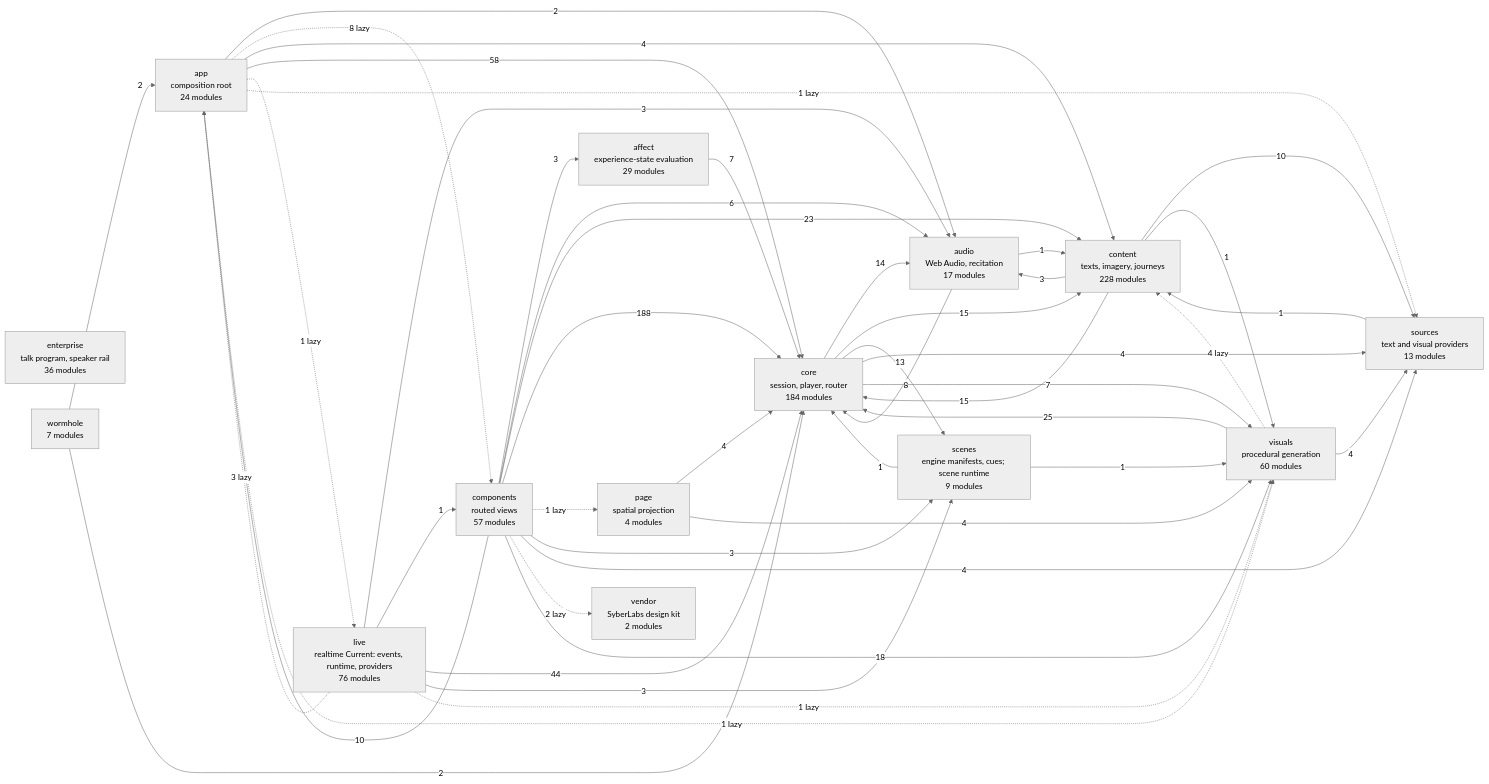
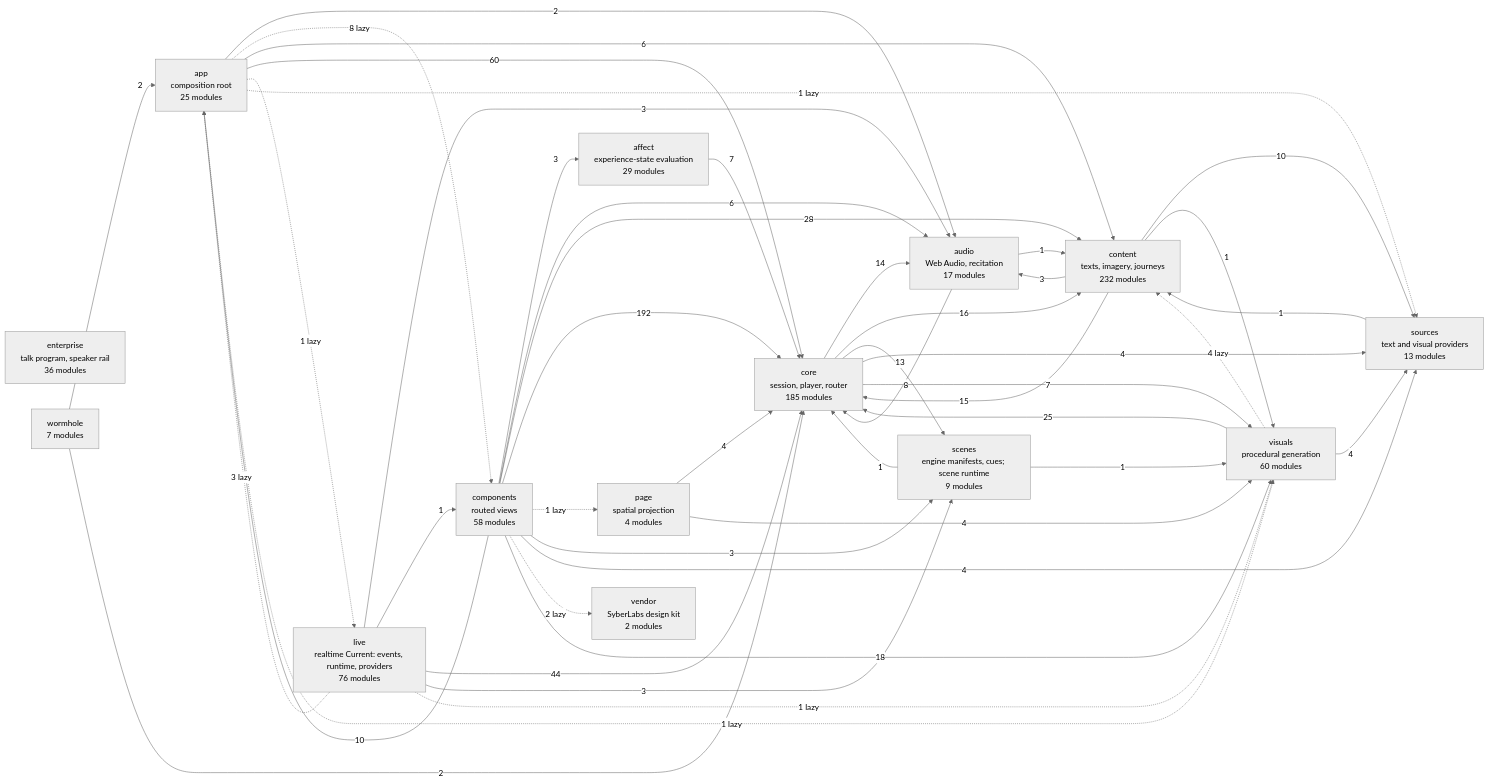
Before and after one commit to SyberLabs/RISE: the diagram in docs/specs/ARCHITECTURE.md, drawn with Mermaid (neutral theme). The commit also changed other lines of this file and 36 other files, not shown here.

````diff
--- a/docs/specs/ARCHITECTURE.md
+++ b/docs/specs/ARCHITECTURE.md
@@ -161,63 +161,63 @@
 ```mermaid
 flowchart LR
     affect["affect<br/>experience-state evaluation<br/>29 modules"]
-    app["app<br/>composition root<br/>24 modules"]
+    app["app<br/>composition root<br/>25 modules"]
     audio["audio<br/>Web Audio, recitation<br/>17 modules"]
-    components["components<br/>routed views<br/>57 modules"]
-    content["content<br/>texts, imagery, journeys<br/>228 modules"]
-    core["core<br/>session, player, router<br/>184 modules"]
+    components["components<br/>routed views<br/>58 modules"]
+    content["content<br/>texts, imagery, journeys<br/>232 modules"]
+    core["core<br/>session, player, router<br/>185 modules"]
     enterprise["enterprise<br/>talk program, speaker rail<br/>36 modules"]
     live["live<br/>realtime Current: events, runtime, providers<br/>76 modules"]
     page["page<br/>spatial projection<br/>4 modules"]
     scenes["scenes<br/>engine manifests, cues; scene runtime<br/>9 modules"]
     sources["sources<br/>text and visual providers<br/>13 modules"]
     vendor["vendor<br/>SyberLabs design kit<br/>2 modules"]
     visuals["visuals<br/>procedural generation<br/>60 modules"]
     wormhole["wormhole<br/>7 modules"]
 
     affect --> |7| core
     app --> |2| audio
     app -.-> |8 lazy| components
-    app --> |4| content
-    app --> |58| core
+    app --> |6| content
+    app --> |60| core
     app -.-> |1 lazy| live
     app -.-> |1 lazy| sources
     app -.-> |1 lazy| visuals
     audio --> |1| content
     audio --> |8| core
     components --> |3| affect
     components --> |10| app
     components --> |6| audio
-    components --> |23| content
-    components --> |188| core
+    components --> |28| content
+    components --> |192| core
     components -.-> |1 lazy| page
     components --> |3| scenes
     components --> |4| sources
     components -.-> |2 lazy| vendor
     components --> |18| visuals
     content --> |3| audio
     content --> |15| core
     content --> |10| sources
     content --> |1| visuals
     core --> |14| audio
-    core --> |15| content
+    core --> |16| content
     core --> |13| scenes
     core --> |4| sources
     core --> |7| visuals
     live -.-> |3 lazy| app
     live --> |3| audio
     live --> |1| components
     live --> |44| core
     live --> |3| scenes
     live -.-> |1 lazy| visuals
     page --> |4| core
     page --> |4| visuals
     scenes --> |1| core
     scenes --> |1| visuals
     sources --> |1| content
     visuals -.-> |4 lazy| content
     visuals --> |25| core
     visuals --> |4| sources
     wormhole --> |2| app
     wormhole --> |2| core
 ```
````
